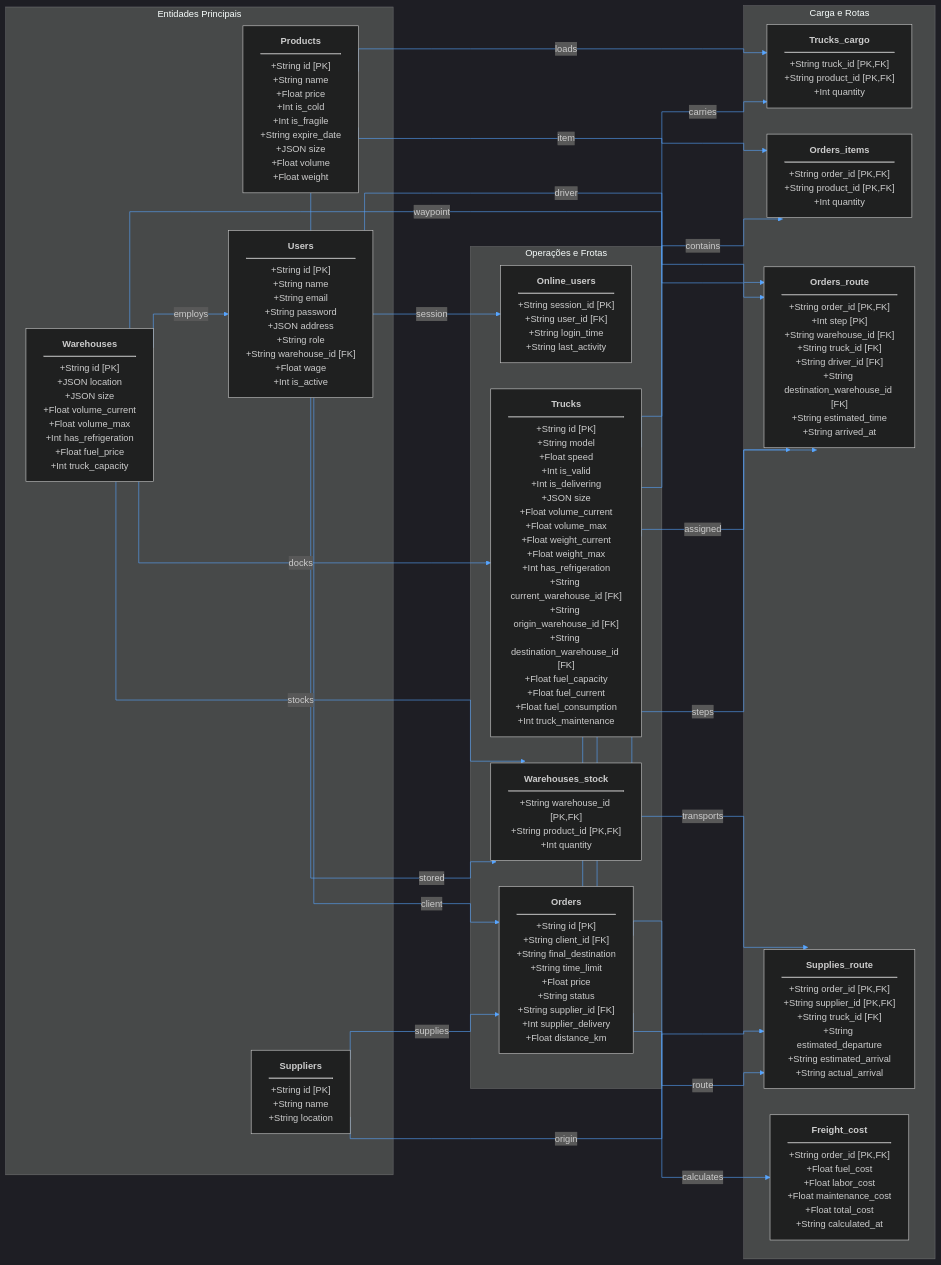
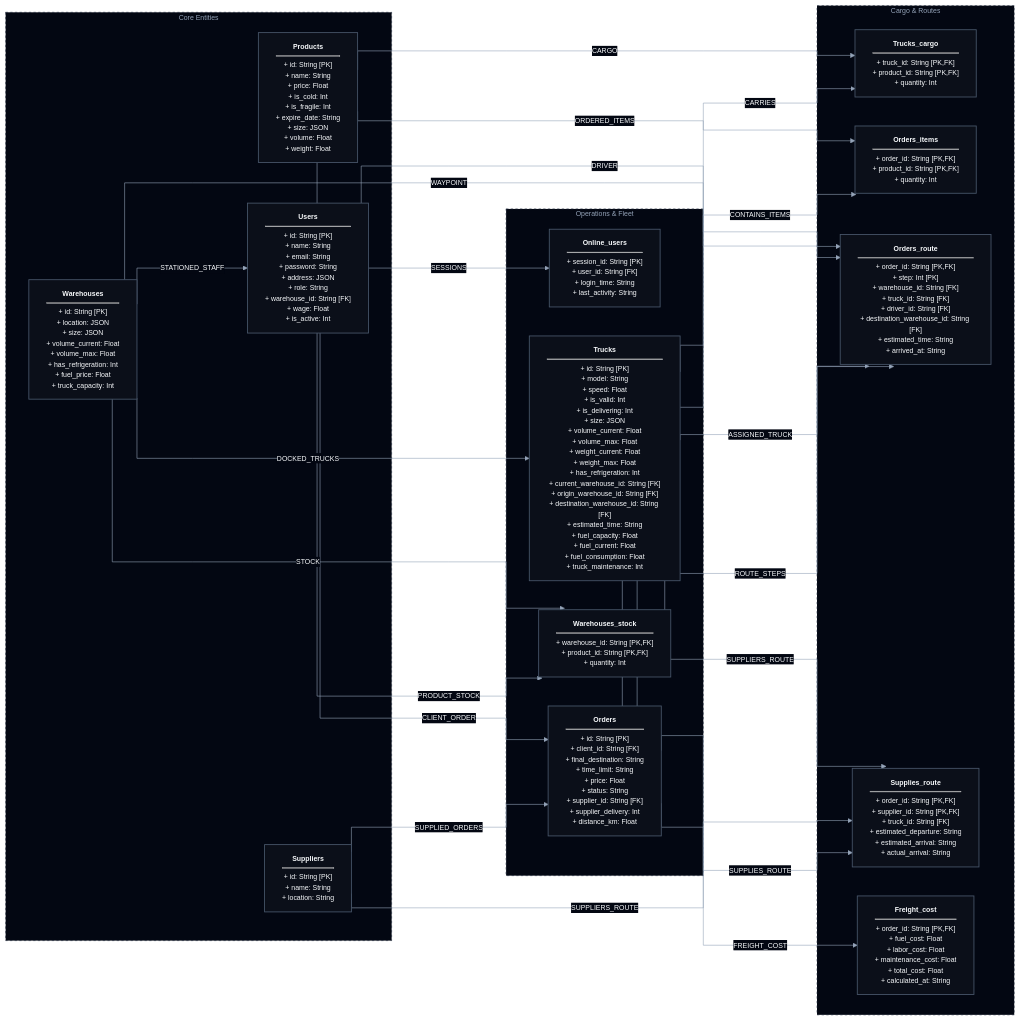
The first of 2 diagrams in back/db/UML/scheme.md (Bruno-Grosso/Simple-Logistic-System), drawn with Mermaid before and after one commit. The commit also changed other lines of this file, not shown here.

````diff
--- a/back/db/UML/scheme.md
+++ b/back/db/UML/scheme.md
@@ -5,62 +9,73 @@
 ```mermaid
 %%{init: {
-  'theme': 'dark',
+  'theme': 'base',
   'flowchart': {
     'curve': 'stepBefore',
-    'nodeSpacing': 45,
-    'rankSpacing': 70
+    'nodeSpacing': 50,
+    'rankSpacing': 80
   },
   'themeVariables': {
     'darkMode': true,
-    'background': '#0d1117',
-    'primaryColor': '#161b22',
-    'primaryTextColor': '#e6edf3',
-    'primaryBorderColor': '#30363d',
-    'lineColor': '#58a6ff'
+    'background': '#030712',
+    'primaryColor': '#0f172a',
+    'primaryTextColor': '#f8fafc',
+    'primaryBorderColor': '#475569',
+    'lineColor': '#94a3b8',
+    'textColor': '#f8fafc',
+    'edgeLabelBackground': '#030712',
+    'clusterBkg': '#030712',
+    'clusterBorder': '#1e293b',
+    'fontSize': '12px'
   }
 }}%%
 flowchart LR
 
-    subgraph Core ["Entidades Principais"]
-        USERS["<b>Users</b><hr/>+String id [PK]<br/>+String name<br/>+String email<br/>+String password<br/>+JSON address<br/>+String role<br/>+String warehouse_id [FK]<br/>+Float wage<br/>+Int is_active"]
-        PRODUCTS["<b>Products</b><hr/>+String id [PK]<br/>+String name<br/>+Float price<br/>+Int is_cold<br/>+Int is_fragile<br/>+String expire_date<br/>+JSON size<br/>+Float volume<br/>+Float weight"]
-        WAREHOUSES["<b>Warehouses</b><hr/>+String id [PK]<br/>+JSON location<br/>+JSON size<br/>+Float volume_current<br/>+Float volume_max<br/>+Int has_refrigeration<br/>+Float fuel_price<br/>+Int truck_capacity"]
-        SUPPLIERS["<b>Suppliers</b><hr/>+String id [PK]<br/>+String name<br/>+String location"]
+    classDef default fill:#0b0f19,stroke:#475569,stroke-width:1.5px,color:#f8fafc;
+
+    subgraph Core ["Core Entities"]
+        USERS["<b>Users</b><hr/>+ id: String [PK]<br/>+ name: String<br/>+ email: String<br/>+ password: String<br/>+ address: JSON<br/>+ role: String<br/>+ warehouse_id: String [FK]<br/>+ wage: Float<br/>+ is_active: Int"]
+        PRODUCTS["<b>Products</b><hr/>+ id: String [PK]<br/>+ name: String<br/>+ price: Float<br/>+ is_cold: Int<br/>+ is_fragile: Int<br/>+ expire_date: String<br/>+ size: JSON<br/>+ volume: Float<br/>+ weight: Float"]
+        WAREHOUSES["<b>Warehouses</b><hr/>+ id: String [PK]<br/>+ location: JSON<br/>+ size: JSON<br/>+ volume_current: Float<br/>+ volume_max: Float<br/>+ has_refrigeration: Int<br/>+ fuel_price: Float<br/>+ truck_capacity: Int"]
+        SUPPLIERS["<b>Suppliers</b><hr/>+ id: String [PK]<br/>+ name: String<br/>+ location: String"]
     end
 
-    subgraph Operations ["Operações e Frotas"]
-        ONLINE_USERS["<b>Online_users</b><hr/>+String session_id [PK]<br/>+String user_id [FK]<br/>+String login_time<br/>+String last_activity"]
-        TRUCKS["<b>Trucks</b><hr/>+String id [PK]<br/>+String model<br/>+Float speed<br/>+Int is_valid<br/>+Int is_delivering<br/>+JSON size<br/>+Float volume_current<br/>+Float volume_max<br/>+Float weight_current<br/>+Float weight_max<br/>+Int has_refrigeration<br/>+String current_warehouse_id [FK]<br/>+String origin_warehouse_id [FK]<br/>+String destination_warehouse_id [FK]<br/>+Float fuel_capacity<br/>+Float fuel_current<br/>+Float fuel_consumption<br/>+Int truck_maintenance"]
-        WAREHOUSES_STOCK["<b>Warehouses_stock</b><hr/>+String warehouse_id [PK,FK]<br/>+String product_id [PK,FK]<br/>+Int quantity"]
-        ORDERS["<b>Orders</b><hr/>+String id [PK]<br/>+String client_id [FK]<br/>+String final_destination<br/>+String time_limit<br/>+Float price<br/>+String status<br/>+String supplier_id [FK]<br/>+Int supplier_delivery<br/>+Float distance_km"]
+    subgraph Operations ["Operations & Fleet"]
+        ONLINE_USERS["<b>Online_users</b><hr/>+ session_id: String [PK]<br/>+ user_id: String [FK]<br/>+ login_time: String<br/>+ last_activity: String"]
+        TRUCKS["<b>Trucks</b><hr/>+ id: String [PK]<br/>+ model: String<br/>+ speed: Float<br/>+ is_valid: Int<br/>+ is_delivering: Int<br/>+ size: JSON<br/>+ volume_current: Float<br/>+ volume_max: Float<br/>+ weight_current: Float<br/>+ weight_max: Float<br/>+ has_refrigeration: Int<br/>+ current_warehouse_id: String [FK]<br/>+ origin_warehouse_id: String [FK]<br/>+ destination_warehouse_id: String [FK]<br/>+ estimated_time: String<br/>+ fuel_capacity: Float<br/>+ fuel_current: Float<br/>+ fuel_consumption: Float<br/>+ truck_maintenance: Int"]
+        WAREHOUSES_STOCK["<b>Warehouses_stock</b><hr/>+ warehouse_id: String [PK,FK]<br/>+ product_id: String [PK,FK]<br/>+ quantity: Int"]
+        ORDERS["<b>Orders</b><hr/>+ id: String [PK]<br/>+ client_id: String [FK]<br/>+ final_destination: String<br/>+ time_limit: String<br/>+ price: Float<br/>+ status: String<br/>+ supplier_id: String [FK]<br/>+ supplier_delivery: Int<br/>+ distance_km: Float"]
     end
 
-    subgraph Logistics ["Carga e Rotas"]
-        TRUCKS_CARGO["<b>Trucks_cargo</b><hr/>+String truck_id [PK,FK]<br/>+String product_id [PK,FK]<br/>+Int quantity"]
-        ORDERS_ITEMS["<b>Orders_items</b><hr/>+String order_id [PK,FK]<br/>+String product_id [PK,FK]<br/>+Int quantity"]
-        ORDERS_ROUTE["<b>Orders_route</b><hr/>+String order_id [PK,FK]<br/>+Int step [PK]<br/>+String warehouse_id [FK]<br/>+String truck_id [FK]<br/>+String driver_id [FK]<br/>+String destination_warehouse_id [FK]<br/>+String estimated_time<br/>+String arrived_at"]
-        SUPPLIES_ROUTE["<b>Supplies_route</b><hr/>+String order_id [PK,FK]<br/>+String supplier_id [PK,FK]<br/>+String truck_id [FK]<br/>+String estimated_departure<br/>+String estimated_arrival<br/>+String actual_arrival"]
-        FREIGHT_COST["<b>Freight_cost</b><hr/>+String order_id [PK,FK]<br/>+Float fuel_cost<br/>+Float labor_cost<br/>+Float maintenance_cost<br/>+Float total_cost<br/>+String calculated_at"]
+    subgraph Logistics ["Cargo & Routes"]
+        TRUCKS_CARGO["<b>Trucks_cargo</b><hr/>+ truck_id: String [PK,FK]<br/>+ product_id: String [PK,FK]<br/>+ quantity: Int"]
+        ORDERS_ITEMS["<b>Orders_items</b><hr/>+ order_id: String [PK,FK]<br/>+ product_id: String [PK,FK]<br/>+ quantity: Int"]
+        ORDERS_ROUTE["<b>Orders_route</b><hr/>+ order_id: String [PK,FK]<br/>+ step: Int [PK]<br/>+ warehouse_id: String [FK]<br/>+ truck_id: String [FK]<br/>+ driver_id: String [FK]<br/>+ destination_warehouse_id: String [FK]<br/>+ estimated_time: String<br/>+ arrived_at: String"]
+        SUPPLIES_ROUTE["<b>Supplies_route</b><hr/>+ order_id: String [PK,FK]<br/>+ supplier_id: String [PK,FK]<br/>+ truck_id: String [FK]<br/>+ estimated_departure: String<br/>+ estimated_arrival: String<br/>+ actual_arrival: String"]
+        FREIGHT_COST["<b>Freight_cost</b><hr/>+ order_id: String [PK,FK]<br/>+ fuel_cost: Float<br/>+ labor_cost: Float<br/>+ maintenance_cost: Float<br/>+ total_cost: Float<br/>+ calculated_at: String"]
     end
 
-    %% Relacionamentos com conexões ortogonais (90 graus)
-    USERS -->|session| ONLINE_USERS
-    USERS -->|client| ORDERS
-    USERS -->|driver| ORDERS_ROUTE
-    WAREHOUSES -->|employs| USERS
-    WAREHOUSES -->|stocks| WAREHOUSES_STOCK
-    WAREHOUSES -->|docks| TRUCKS
-    WAREHOUSES -->|waypoint| ORDERS_ROUTE
-    PRODUCTS -->|stored| WAREHOUSES_STOCK
-    PRODUCTS -->|item| ORDERS_ITEMS
-    PRODUCTS -->|loads| TRUCKS_CARGO
-    TRUCKS -->|carries| TRUCKS_CARGO
-    TRUCKS -->|assigned| ORDERS_ROUTE
-    TRUCKS -->|transports| SUPPLIES_ROUTE
-    SUPPLIERS -->|supplies| ORDERS
-    SUPPLIERS -->|origin| SUPPLIES_ROUTE
-    ORDERS -->|contains| ORDERS_ITEMS
-    ORDERS -->|steps| ORDERS_ROUTE
-    ORDERS -->|route| SUPPLIES_ROUTE
-    ORDERS -->|calculates| FREIGHT_COST
+    style Core fill:#030712,stroke:#1e293b,stroke-width:1px,stroke-dasharray: 4 4,color:#94a3b8
+    style Operations fill:#030712,stroke:#1e293b,stroke-width:1px,stroke-dasharray: 4 4,color:#94a3b8
+    style Logistics fill:#030712,stroke:#1e293b,stroke-width:1px,stroke-dasharray: 4 4,color:#94a3b8
+
+    %% Relationships with orthogonal routing
+    USERS -->|SESSIONS| ONLINE_USERS
+    USERS -->|CLIENT_ORDER| ORDERS
+    USERS -->|DRIVER| ORDERS_ROUTE
+    WAREHOUSES -->|STATIONED_STAFF| USERS
+    WAREHOUSES -->|STOCK| WAREHOUSES_STOCK
+    WAREHOUSES -->|DOCKED_TRUCKS| TRUCKS
+    WAREHOUSES -->|WAYPOINT| ORDERS_ROUTE
+    PRODUCTS -->|PRODUCT_STOCK| WAREHOUSES_STOCK
+    PRODUCTS -->|ORDERED_ITEMS| ORDERS_ITEMS
+    PRODUCTS -->|CARGO| TRUCKS_CARGO
+    TRUCKS -->|CARRIES| TRUCKS_CARGO
+    TRUCKS -->|ASSIGNED_TRUCK| ORDERS_ROUTE
+    TRUCKS -->|SUPPLIERS_ROUTE| SUPPLIES_ROUTE
+    SUPPLIERS -->|SUPPLIED_ORDERS| ORDERS
+    SUPPLIERS -->|SUPPLIERS_ROUTE| SUPPLIES_ROUTE
+    ORDERS -->|CONTAINS_ITEMS| ORDERS_ITEMS
+    ORDERS -->|ROUTE_STEPS| ORDERS_ROUTE
+    ORDERS -->|SUPPLIES_ROUTE| SUPPLIES_ROUTE
+    ORDERS -->|FREIGHT_COST| FREIGHT_COST
 ```
````
